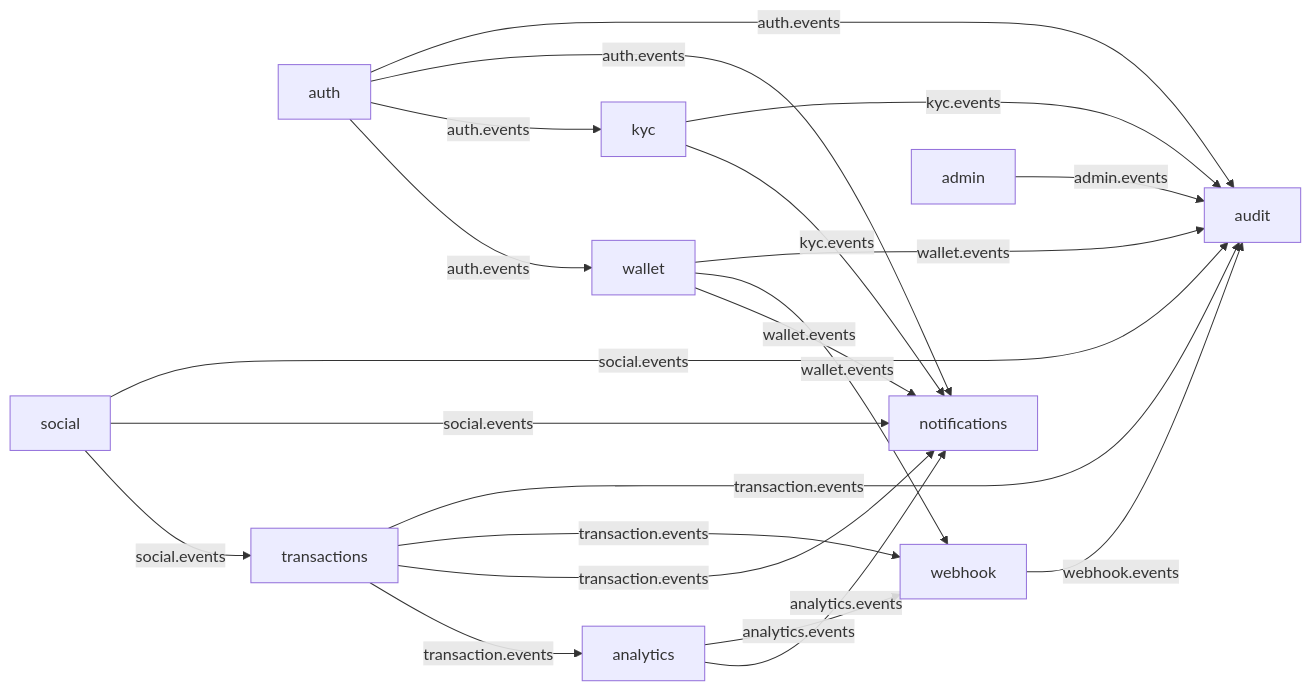
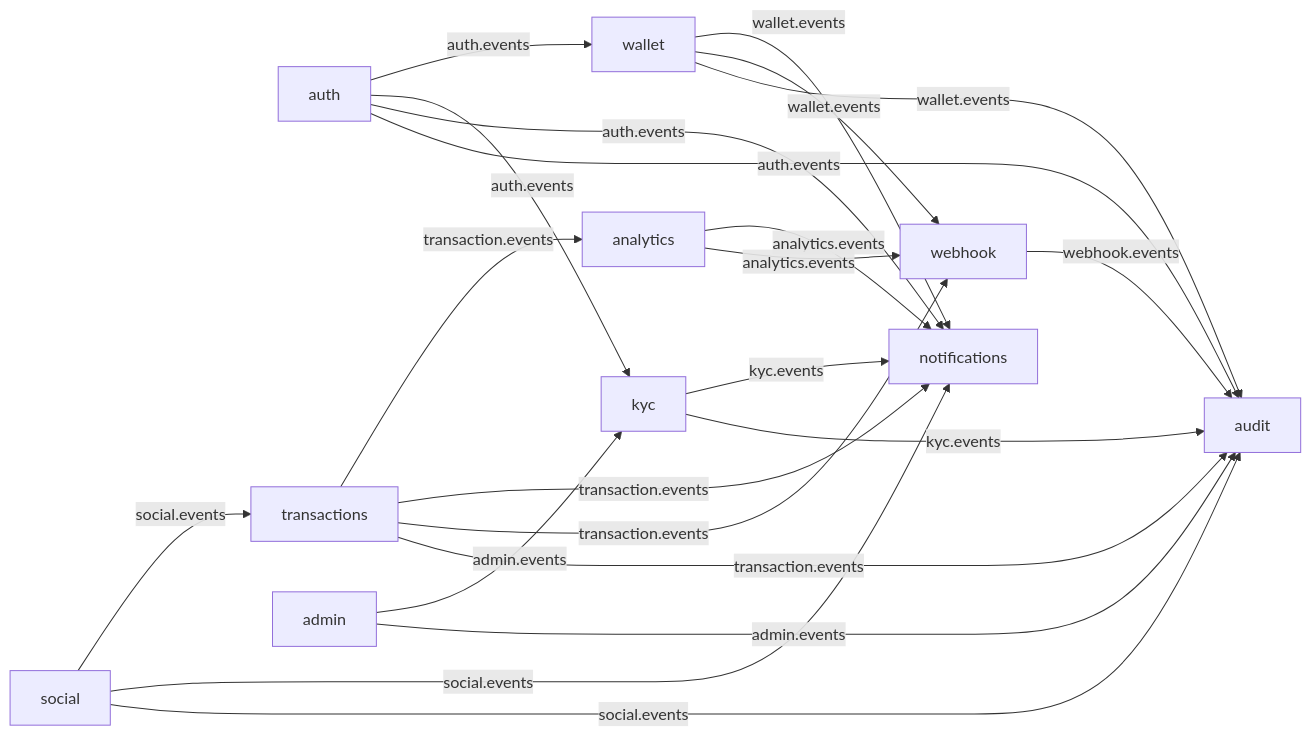
One commit to sreekarnv/mint changed the second of 5 diagrams in docs/architecture.md. Above: the diagram before and after it, drawn with Mermaid. The commit also changed other lines of this file and 6 other files, not shown here.

````diff
--- a/docs/architecture.md
+++ b/docs/architecture.md
@@ -42,29 +46,30 @@
 ```mermaid
 flowchart LR
     auth -->|auth.events| wallet
     auth -->|auth.events| kyc
     auth -->|auth.events| notifications
     auth -->|auth.events| audit
 
     wallet -->|wallet.events| notifications
     wallet -->|wallet.events| webhook
     wallet -->|wallet.events| audit
 
     transactions -->|transaction.events| analytics
     transactions -->|transaction.events| notifications
     transactions -->|transaction.events| webhook
     transactions -->|transaction.events| audit
 
     kyc -->|kyc.events| notifications
     kyc -->|kyc.events| audit
 
     social -->|social.events| transactions
     social -->|social.events| notifications
     social -->|social.events| audit
 
     analytics -->|analytics.events| notifications
     analytics -->|analytics.events| webhook
 
+    admin -->|admin.events| kyc
     admin -->|admin.events| audit
     webhook -->|webhook.events| audit
 ```
````
